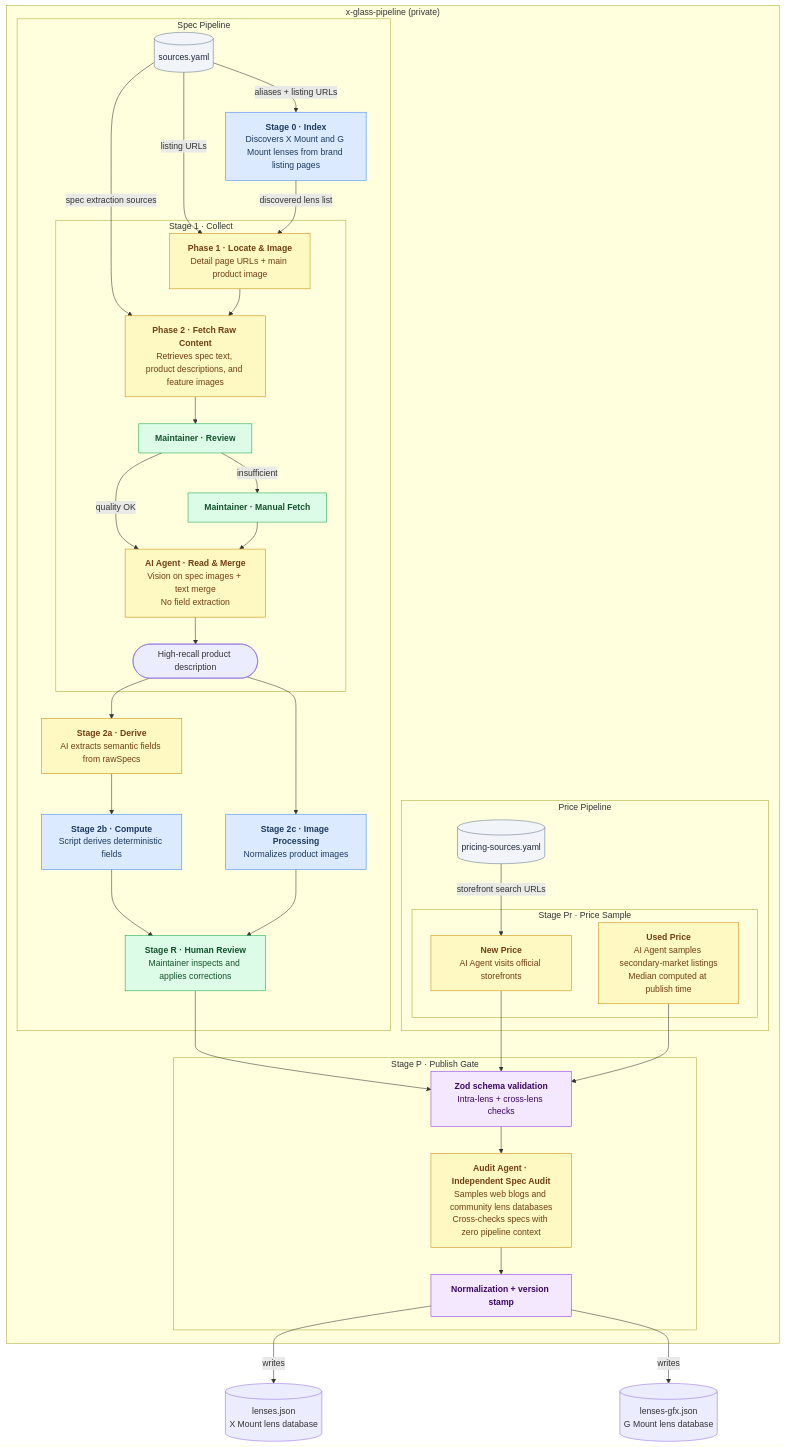
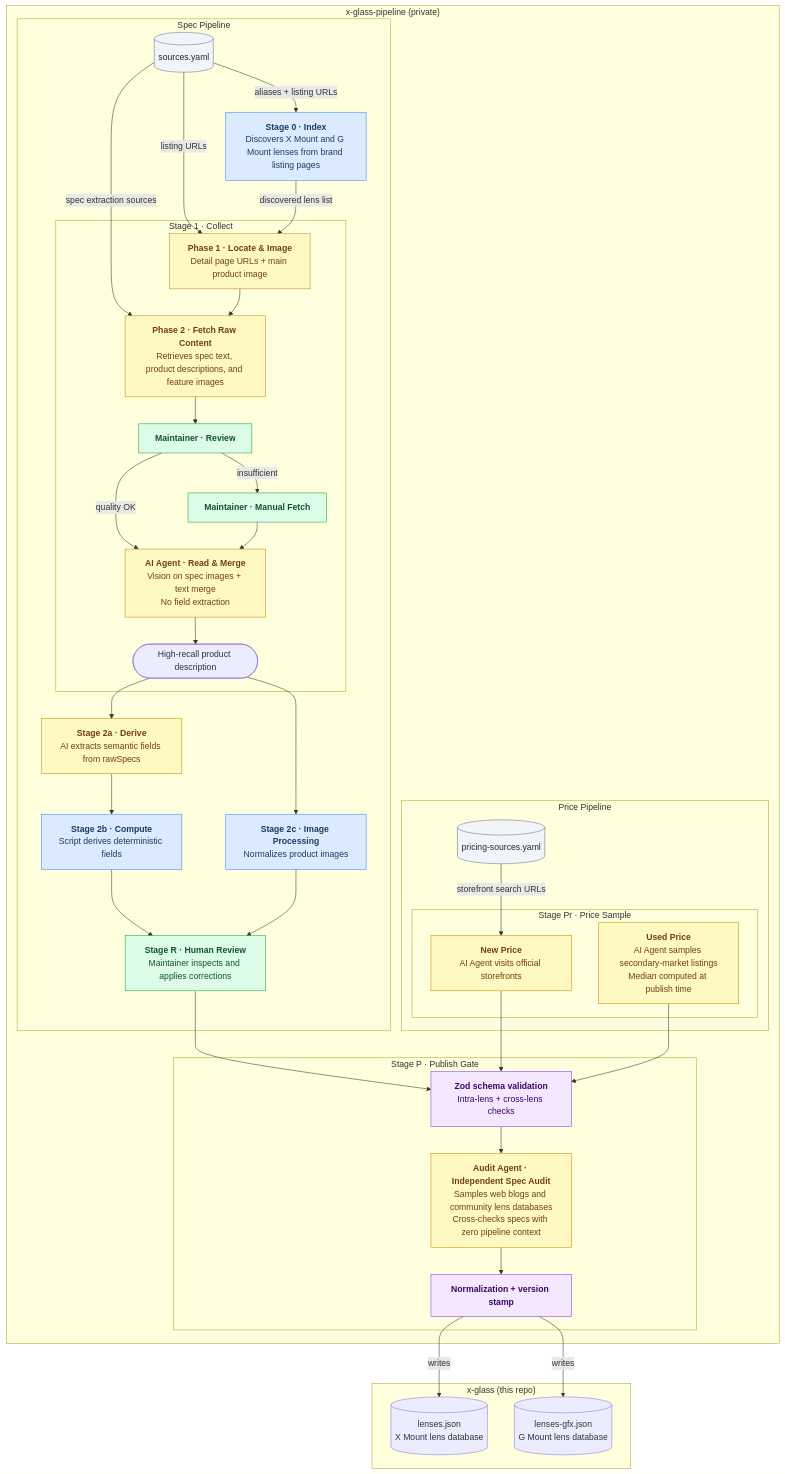
Before and after one commit to sentacraft/atlens: the diagram in README.md, drawn with Mermaid.

Commit message:
docs(readme): wrap pipeline output nodes in x-glass repo subgraph (#178)

````diff
--- a/README.md
+++ b/README.md
@@ -61,74 +61,78 @@
 ```mermaid
 flowchart TD
   subgraph pipeline["x-glass-pipeline (private)"]
 
     subgraph spec["Spec Pipeline"]
       SOURCES[("sources.yaml")]
 
       S0["<b>Stage 0 · Index</b><br/>Discovers X Mount and G Mount lenses from brand listing pages"]
 
       subgraph s1["Stage 1 · Collect"]
         S1p1["<b>Phase 1 · Locate & Image</b><br/>Detail page URLs + main product image"]
         S1p2["<b>Phase 2 · Fetch Raw Content</b><br/>Retrieves spec text, product descriptions, and feature images"]
         S1r["<b>Maintainer · Review</b>"]
         S1h["<b>Maintainer · Manual Fetch</b>"]
         S1b["<b>AI Agent · Read & Merge</b><br/>Vision on spec images + text merge<br/>No field extraction"]
         S1out(["High-recall product description"])
       end
 
       S2a["<b>Stage 2a · Derive</b><br/>AI extracts semantic fields from rawSpecs"]
       S2b["<b>Stage 2b · Compute</b><br/>Script derives deterministic fields"]
       S2c["<b>Stage 2c · Image Processing</b><br/>Normalizes product images"]
       SR["<b>Stage R · Human Review</b><br/>Maintainer inspects and applies corrections"]
     end
 
     subgraph price["Price Pipeline"]
       PRICING_SOURCES[("pricing-sources.yaml")]
 
       subgraph spr["Stage Pr · Price Sample"]
         SPrNew["<b>New Price</b><br/>AI Agent visits official storefronts"]
         SPrUsed["<b>Used Price</b><br/>AI Agent samples secondary-market listings<br/>Median computed at publish time"]
       end
     end
 
     subgraph sp["Stage P · Publish Gate"]
       SP1["<b>Zod schema validation</b><br/>Intra-lens + cross-lens checks"]
       SP_AUDIT["<b>Audit Agent · Independent Spec Audit</b><br/>Samples web blogs and community lens databases<br/>Cross-checks specs with zero pipeline context"]
       SP2["<b>Normalization + version stamp</b>"]
     end
   end
 
   SOURCES -->|"aliases + listing URLs"| S0
   SOURCES -->|"listing URLs"| S1p1
   SOURCES -->|"spec extraction sources"| S1p2
   S0 -->|"discovered lens list"| S1p1
   S1p1 --> S1p2
   S1p2 --> S1r
   S1r -->|"quality OK"| S1b
   S1r -->|"insufficient"| S1h
   S1h --> S1b
   S1b --> S1out
   S1out --> S2a & S2c
   S2a --> S2b
   S2b & S2c --> SR
   SR --> SP1
   PRICING_SOURCES -->|"storefront search URLs"| SPrNew
   SPrUsed
   SPrNew & SPrUsed --> SP1
   SP1 --> SP_AUDIT
   SP_AUDIT --> SP2
-  SP2 -->|"writes"| DBX[("lenses.json<br/>X Mount lens database")]
-  SP2 -->|"writes"| DBG[("lenses-gfx.json<br/>G Mount lens database")]
+  subgraph xglass["x-glass (this repo)"]
+    DBX[("lenses.json<br/>X Mount lens database")]
+    DBG[("lenses-gfx.json<br/>G Mount lens database")]
+  end
+  SP2 -->|"writes"| DBX
+  SP2 -->|"writes"| DBG
 
   classDef script fill:#dbeafe,stroke:#3b82f6,color:#1e3a5f
   classDef agent fill:#fef9c3,stroke:#ca8a04,color:#713f12
   classDef human fill:#dcfce7,stroke:#16a34a,color:#14532d
   classDef gate fill:#f3e8ff,stroke:#9333ea,color:#3b0764
   classDef config fill:#f1f5f9,stroke:#64748b,color:#1e293b
 
   class S0,S2b,S2c script
   class S1p1,S1p2,S1b,S2a,SPrNew,SPrUsed,SP_AUDIT agent
   class S1r,S1h,SR human
   class SP1,SP2 gate
   class SOURCES,PRICING_SOURCES config
 ```
````
